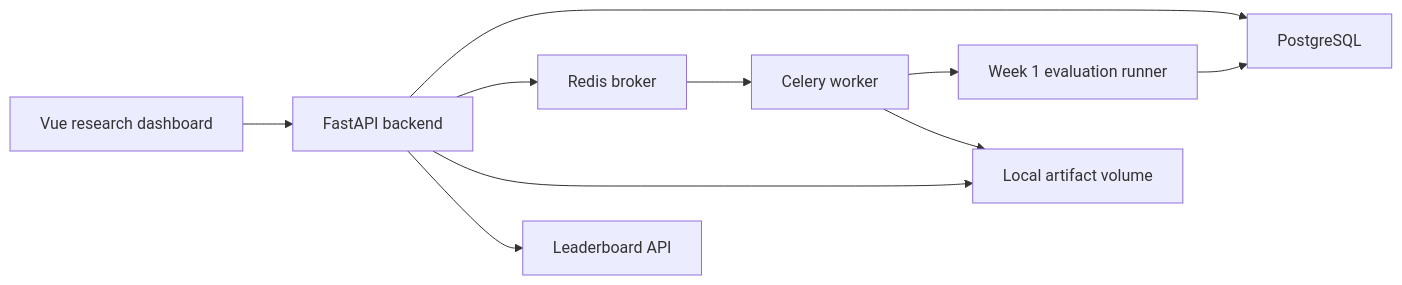
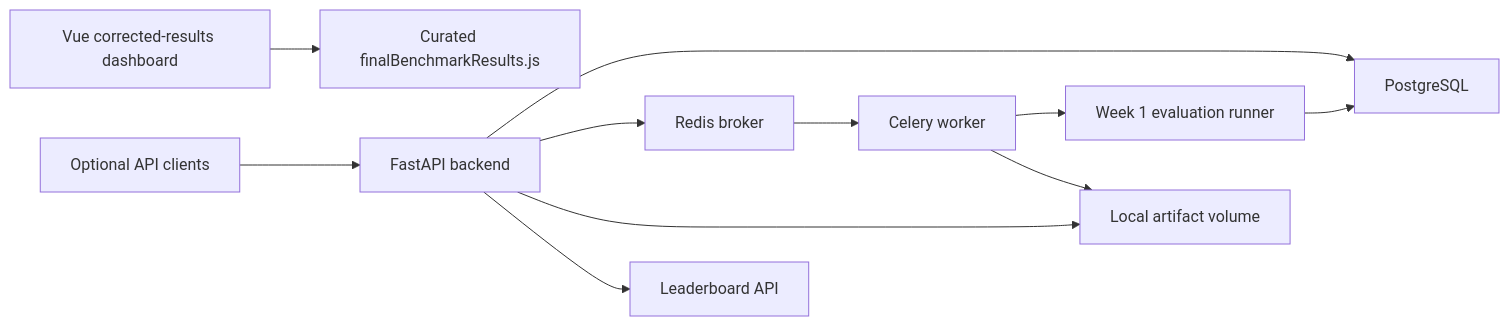
The diagram in README.md (Drink8Water/ClimateNet-Bench), drawn with Mermaid before and after one commit. The commit also changed other lines of this file, not shown here.

Commit message:
docs: describe corrected results dashboard

````diff
--- a/README.md
+++ b/README.md
@@ -91,12 +98,13 @@
 ```mermaid
 flowchart LR
-    UI["Vue research dashboard"] --> API["FastAPI backend"]
+    UI["Vue corrected-results dashboard"] --> Static["Curated finalBenchmarkResults.js"]
+    APIClient["Optional API clients"] --> API["FastAPI backend"]
     API --> DB["PostgreSQL"]
     API --> Redis["Redis broker"]
     API --> Artifacts["Local artifact volume"]
     Redis --> Worker["Celery worker"]
     Worker --> Eval["Week 1 evaluation runner"]
     Eval --> DB
     Worker --> Artifacts
     API --> Leaderboard["Leaderboard API"]
 ```
````
